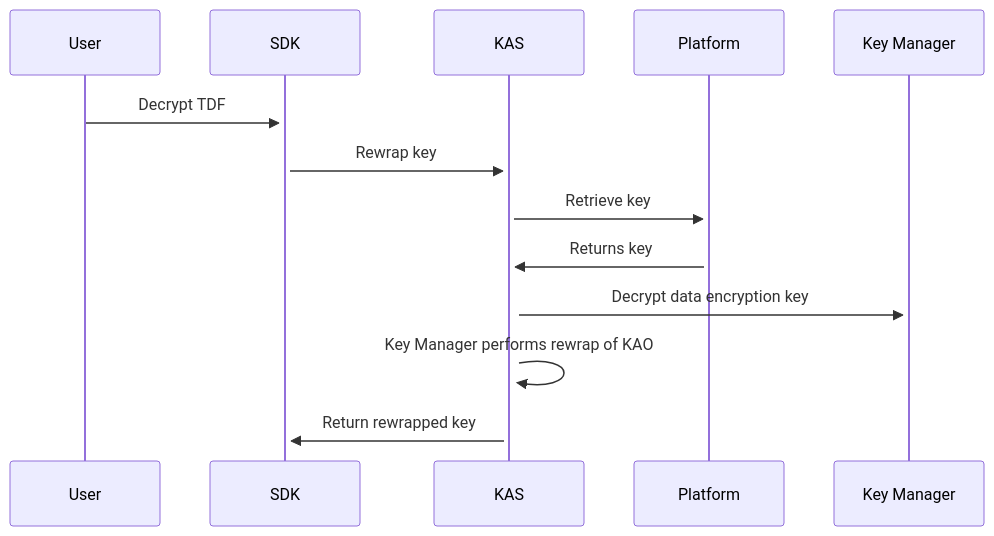
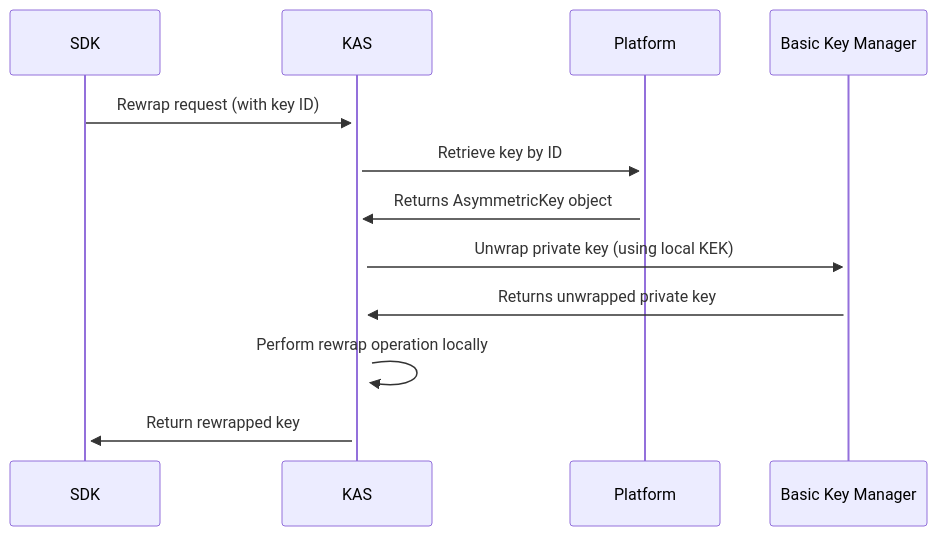
Before and after one commit to opentdf/docs: the first of 3 diagrams in docs/components/policy/keymanagement/index.md, drawn with Mermaid. The commit also changed other lines of this file and 8 other files, not shown here.

````diff
--- a/docs/components/policy/keymanagement/index.md
+++ b/docs/components/policy/keymanagement/index.md
@@ -12,10 +44,15 @@
 ```mermaid
 sequenceDiagram
-    User->>+SDK: Decrypt TDF
-    SDK->>+KAS: Rewrap key
-    KAS->>+Platform: Retrieve key
-    Platform->>+KAS: Returns key
-    KAS->>+Key Manager: Decrypt data encryption key
-    KAS->>+KAS: Key Manager performs rewrap of KAO
+    participant SDK
+    participant KAS
+    participant Platform
+    participant KeyManager as Basic Key Manager
+    
+    SDK->>+KAS: Rewrap request (with key ID)
+    KAS->>+Platform: Retrieve key by ID
+    Platform->>+KAS: Returns AsymmetricKey object
+    KAS->>+KeyManager: Unwrap private key (using local KEK)
+    KeyManager->>+KAS: Returns unwrapped private key
+    KAS->>+KAS: Perform rewrap operation locally
     KAS->>+SDK: Return rewrapped key
 ```
````
